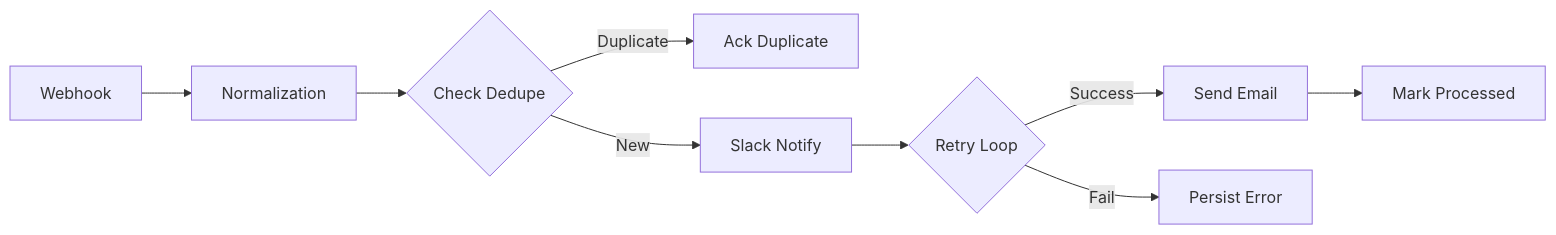
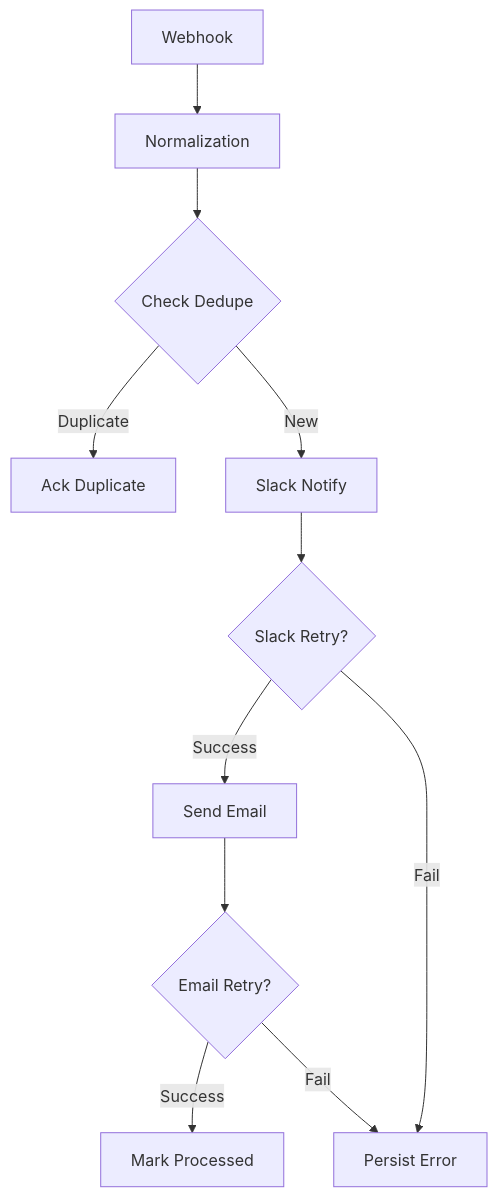
The diagram in submission/TECHNICAL_DOCUMENTATION.md (Sagarsangale01/n8n-incident-automation-pro), drawn with Mermaid before and after one commit. The commit also changed other lines of this file and 4 other files, not shown here.

````diff
--- a/submission/TECHNICAL_DOCUMENTATION.md
+++ b/submission/TECHNICAL_DOCUMENTATION.md
@@ -8,11 +8,13 @@
 ```mermaid
-graph LR
+graph TD
     A[Webhook] --> B[Normalization]
     B --> C{Check Dedupe}
     C -->|Duplicate| D[Ack Duplicate]
     C -->|New| E[Slack Notify]
-    E --> F{Retry Loop}
+    E --> F{Slack Retry?}
     F -->|Success| G[Send Email]
     F -->|Fail| H[Persist Error]
-    G --> I[Mark Processed]
+    G --> J{Email Retry?}
+    J -->|Success| I[Mark Processed]
+    J -->|Fail| H
 ```
````
